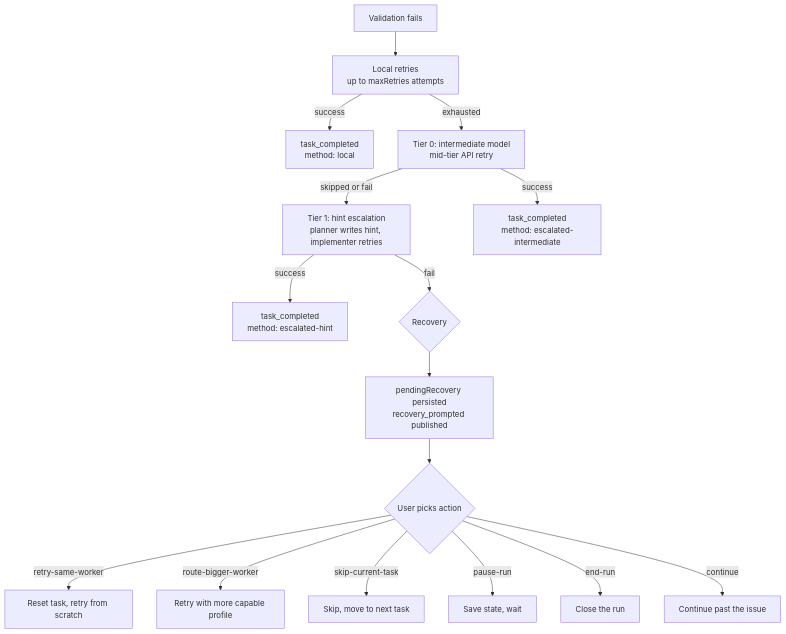
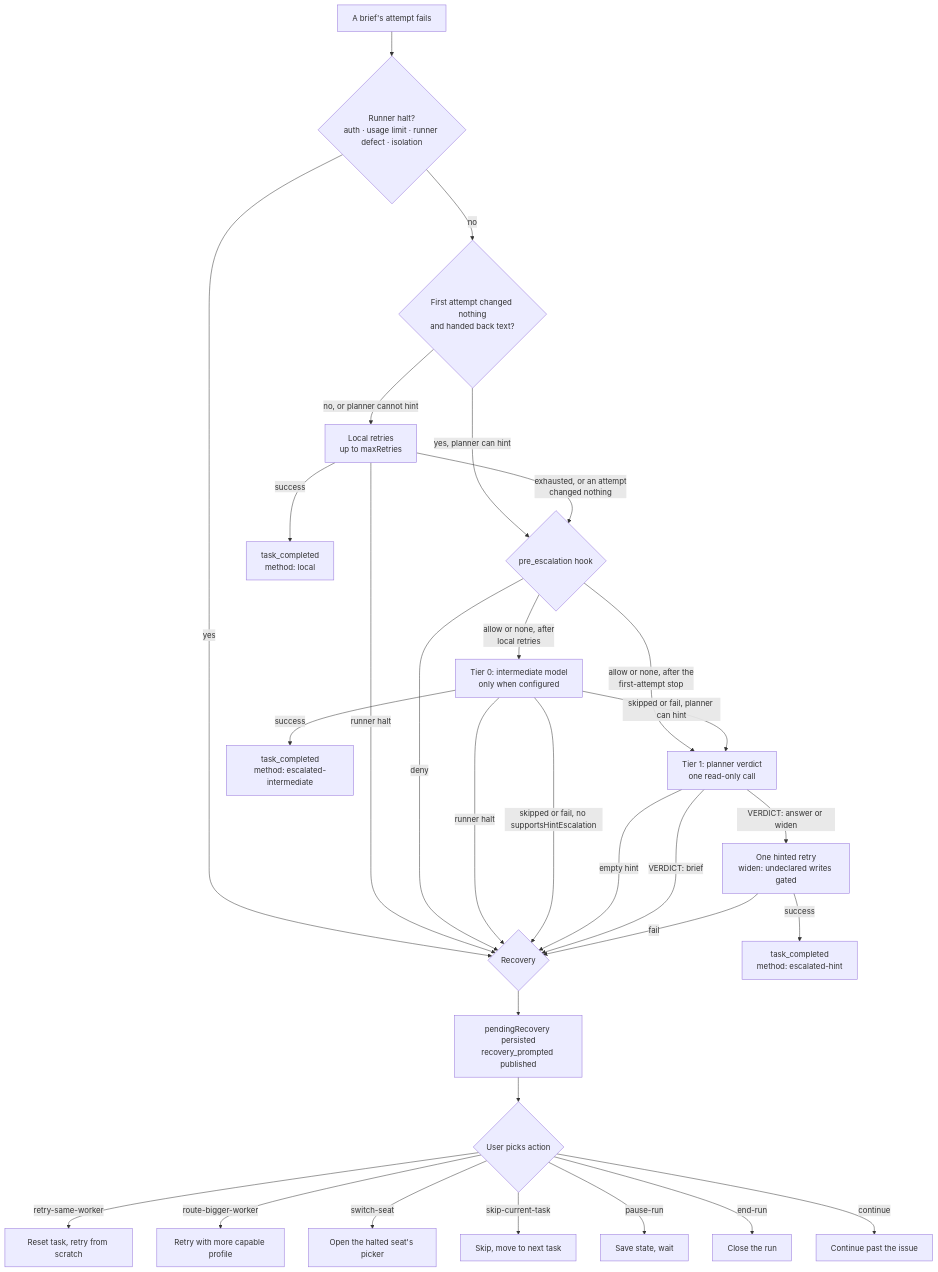
One commit to b4r7x/splitbrief changed the diagram in docs/APPROVAL-AND-RECOVERY.md. Above: the diagram before and after it, drawn with Mermaid. The commit also changed other lines of this file and 98 other files, not shown here.

````diff
--- a/docs/APPROVAL-AND-RECOVERY.md
+++ b/docs/APPROVAL-AND-RECOVERY.md
@@ -152,18 +152,32 @@
 ```mermaid
 flowchart TD
-    VF[Validation fails] --> LR[Local retries<br/>up to maxRetries attempts]
+    F[A brief's attempt fails] --> H{Runner halt?<br/>auth · usage limit · runner defect · isolation}
+    H -->|yes| REC{Recovery}
+    H -->|no| S{First attempt changed nothing<br/>and handed back text?}
+    S -->|yes, planner can hint| HK{pre_escalation hook}
+    S -->|no, or planner cannot hint| LR[Local retries<br/>up to maxRetries]
     LR -->|success| DONE[task_completed<br/>method: local]
-    LR -->|exhausted| T0[Tier 0: intermediate model<br/>mid-tier API retry]
-    T0 -->|skipped or fail| T1[Tier 1: hint escalation<br/>planner writes hint, implementer retries]
+    LR -->|runner halt| REC
+    LR -->|exhausted, or an attempt<br/>changed nothing| HK
+    HK -->|deny| REC
+    HK -->|allow or none, after the<br/>first-attempt stop| T1[Tier 1: planner verdict<br/>one read-only call]
+    HK -->|allow or none, after<br/>local retries| T0[Tier 0: intermediate model<br/>only when configured]
     T0 -->|success| DONE0[task_completed<br/>method: escalated-intermediate]
-    T1 -->|success| DONE1[task_completed<br/>method: escalated-hint]
-    T1 -->|fail| REC{Recovery}
+    T0 -->|runner halt| REC
+    T0 -->|skipped or fail, planner can hint| T1
+    T0 -->|skipped or fail, no supportsHintEscalation| REC
+    T1 -->|empty hint| REC
+    T1 -->|VERDICT: brief| REC
+    T1 -->|VERDICT: answer or widen| HR[One hinted retry<br/>widen: undeclared writes gated]
+    HR -->|success| DONE1[task_completed<br/>method: escalated-hint]
+    HR -->|fail| REC
     REC --> PROMPT[pendingRecovery persisted<br/>recovery_prompted published]
     PROMPT --> USER{User picks action}
     USER -->|retry-same-worker| RESET[Reset task, retry from scratch]
     USER -->|route-bigger-worker| BIGGER[Retry with more capable profile]
+    USER -->|switch-seat| SWITCH[Open the halted seat's picker]
     USER -->|skip-current-task| SKIP[Skip, move to next task]
     USER -->|pause-run| PAUSE[Save state, wait]
     USER -->|end-run| ABORT[Close the run]
     USER -->|continue| CONT[Continue past the issue]
 ```
````
